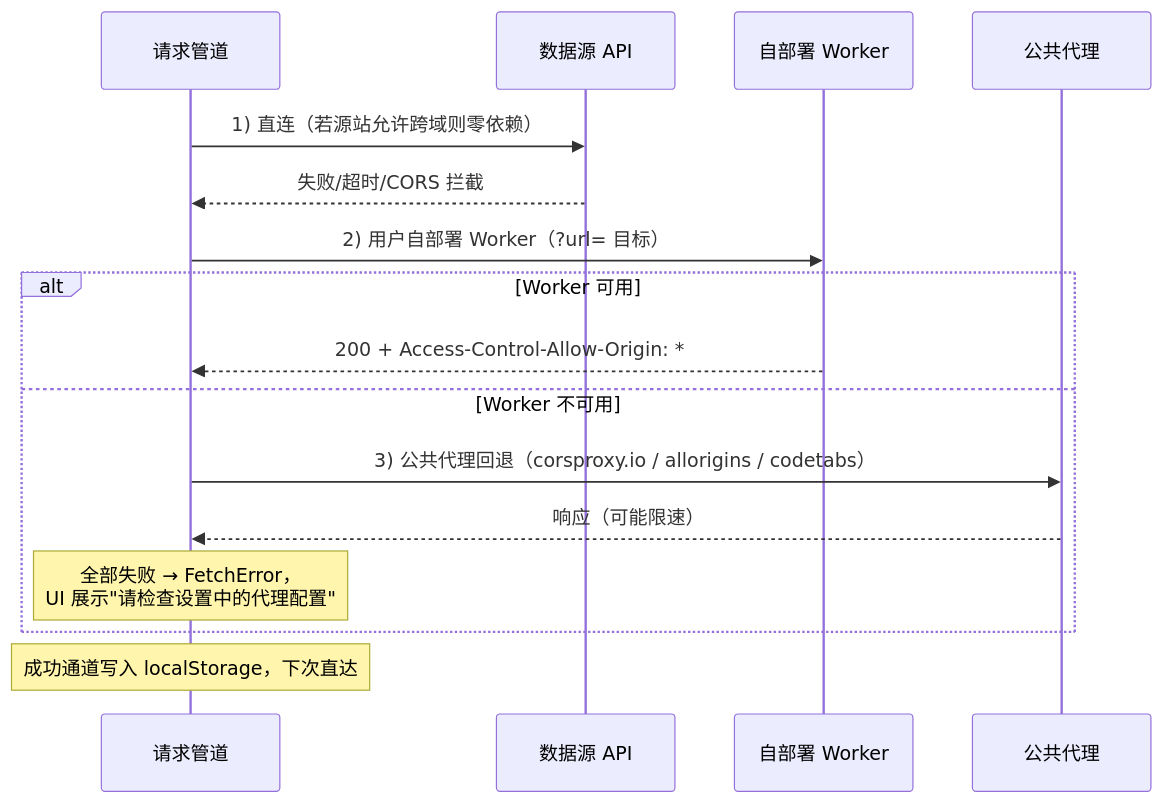
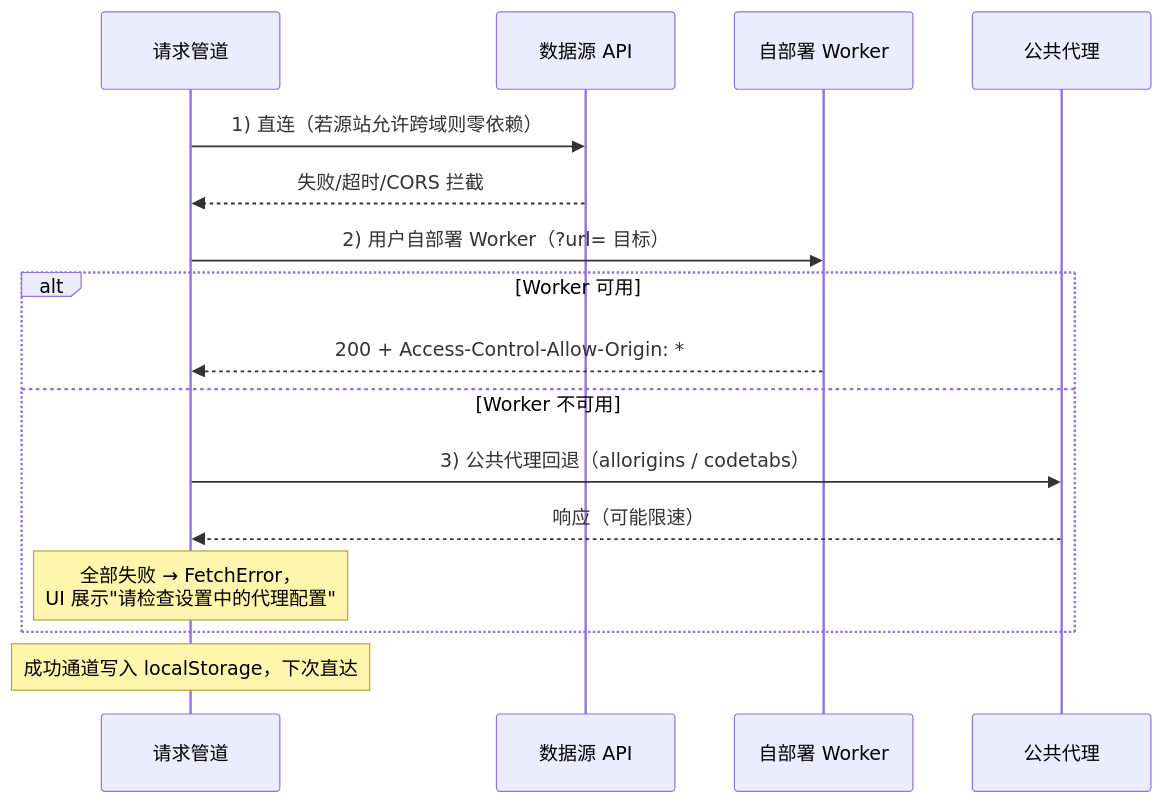
Before and after one commit to 514215834/AnimeShortcut: the second of 3 diagrams in docs/技术架构设计.md, drawn with Mermaid. The commit also changed other lines of this file and 45 other files, not shown here.

````diff
--- a/docs/技术架构设计.md
+++ b/docs/技术架构设计.md
@@ -167,19 +167,19 @@
 ```mermaid
 sequenceDiagram
     participant App as 请求管道
     participant Src as 数据源 API
     participant W as 自部署 Worker
     participant P as 公共代理
 
     App->>Src: 1) 直连（若源站允许跨域则零依赖）
     Src-->>App: 失败/超时/CORS 拦截
     App->>W: 2) 用户自部署 Worker（?url= 目标）
     alt Worker 可用
         W-->>App: 200 + Access-Control-Allow-Origin: *
     else Worker 不可用
-        App->>P: 3) 公共代理回退（corsproxy.io / allorigins / codetabs）
+        App->>P: 3) 公共代理回退（allorigins / codetabs）
         P-->>App: 响应（可能限速）
         Note over App: 全部失败 → FetchError，<br/>UI 展示"请检查设置中的代理配置"
     end
     Note over App: 成功通道写入 localStorage，下次直达
 ```
````
